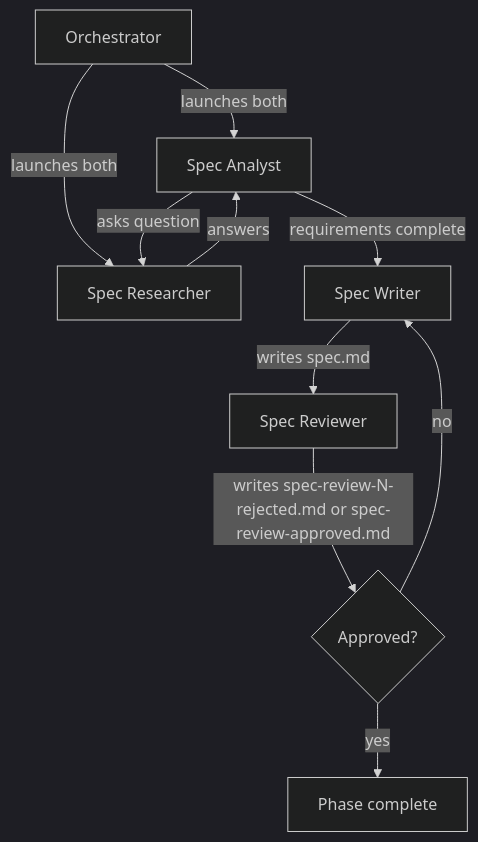
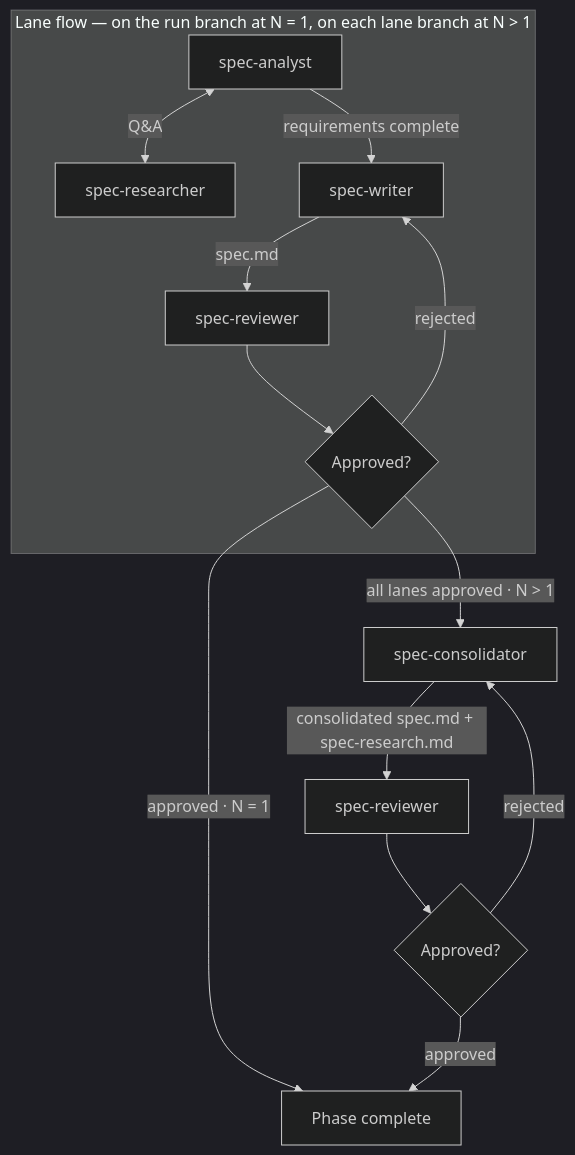
One commit to Automattic/radical-pipelines changed the diagram in skills/radical-pipelines/reference/autonomous-phases/1 - spec.md. Above: the diagram before and after it, drawn with Mermaid (dark theme). The commit also changed other lines of this file and 6 other files, not shown here.

First line of the commit message:
Architecture v2 package 4: spec phase multilane (assisted)

````diff
--- a/skills/radical-pipelines/reference/autonomous-phases/1 - spec.md
+++ b/skills/radical-pipelines/reference/autonomous-phases/1 - spec.md
@@ -38,12 +56,16 @@
 ```mermaid
 flowchart TD
-    A[Orchestrator] -->|launches both| B[Spec Analyst]
-    A -->|launches both| C[Spec Researcher]
-    B -->|asks question| C
-    C -->|answers| B
-    B -->|requirements complete| D[Spec Writer]
-    D -->|writes spec.md| E[Spec Reviewer]
-    E -->|writes spec-review-N-rejected.md or spec-review-approved.md| F{Approved?}
-    F -->|no| D
-    F -->|yes| G[Phase complete]
+    subgraph lane ["Lane flow — on the run branch at N = 1, on each lane branch at N > 1"]
+        B[spec-analyst] <-->|Q&A| C[spec-researcher]
+        B -->|requirements complete| D[spec-writer]
+        D -->|spec.md| E[spec-reviewer]
+        E --> F{Approved?}
+        F -->|rejected| D
+    end
+    F -->|approved · N = 1| K[Phase complete]
+    F -->|all lanes approved · N > 1| H[spec-consolidator]
+    H -->|consolidated spec.md + spec-research.md| I[spec-reviewer]
+    I --> J{Approved?}
+    J -->|rejected| H
+    J -->|approved| K
 ```
````
